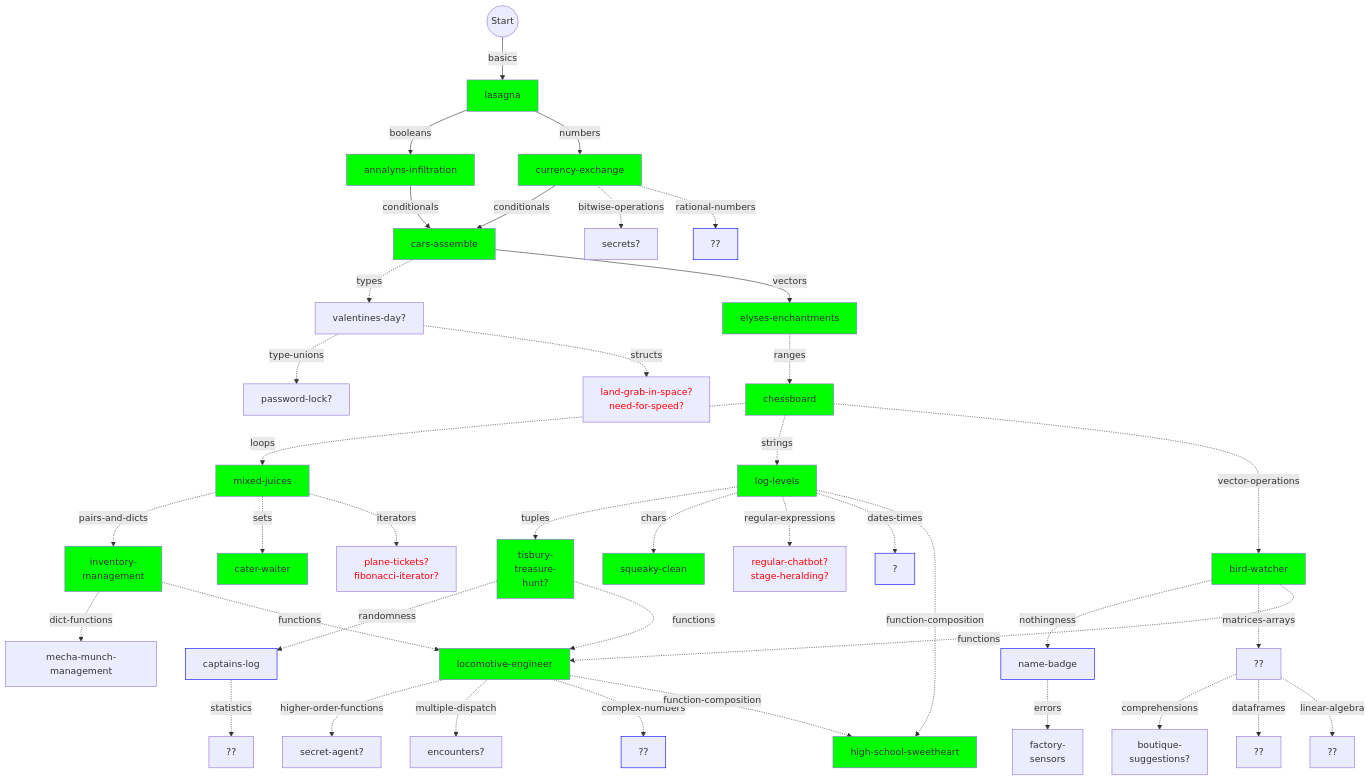
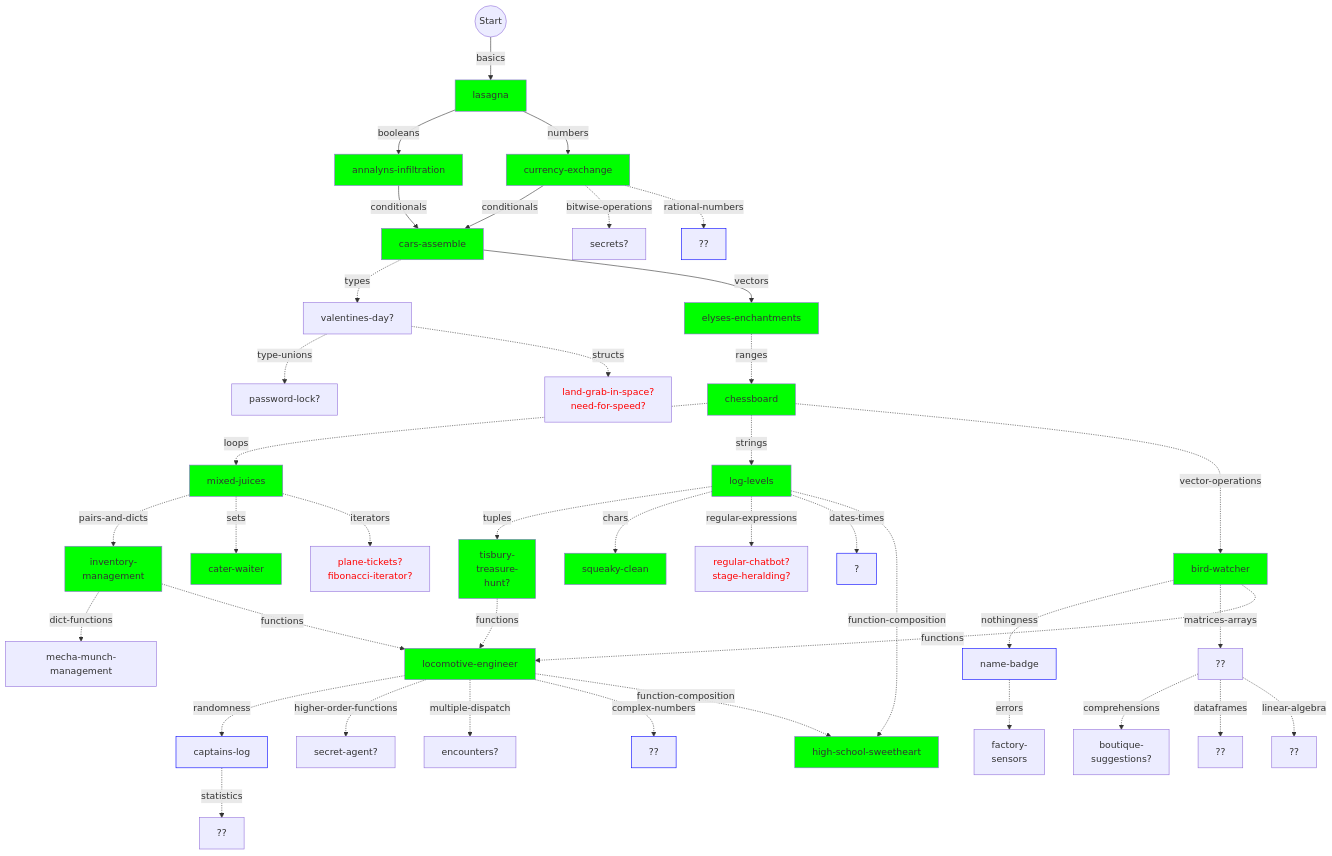
One commit to colinleach/learning-track-doodles changed the diagram in julia/flowchart.md. Above: the diagram before and after it, drawn with Mermaid.

Commit message:
prereq tweak

```diff
--- a/julia/flowchart.md
+++ b/julia/flowchart.md
@@ -53,7 +53,7 @@
 matrices-arrays -.comprehensions.-> comprehensions["boutique-<br/>suggestions?"]
 %% style comprehensions stroke:#0f0
 
-tuples -.randomness.-> randomness["captains-log"]
+functions -.randomness.-> randomness["captains-log"]
 style randomness stroke:#00f
 
 randomness -.statistics.-> statistics["??"]
```
